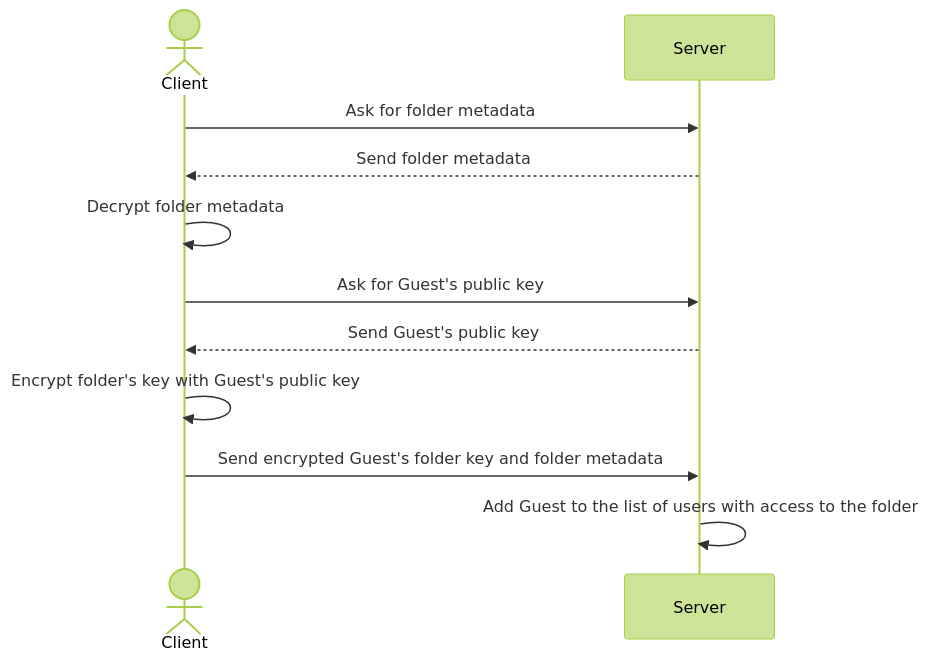
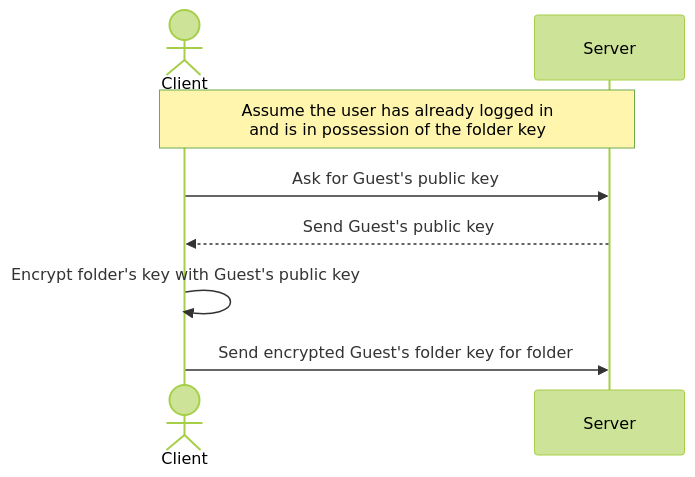
The diagram in doc/project_mermaid/share_folder.mmd (DACC4/effective-octo-system), drawn with Mermaid (forest theme) before and after one commit. The commit also changed 27 other files, not shown here.

```diff
--- a/doc/project_mermaid/share_folder.mmd
+++ b/doc/project_mermaid/share_folder.mmd
@@ -1,17 +1,12 @@
 sequenceDiagram
     actor C as Client
     participant S as Server
 
-    C->>S: Ask for folder metadata
-    S-->>C: Send folder metadata
-
-    C->>C: Decrypt folder metadata
+    note over C,S: Assume the user has already logged in <br> and is in possession of the folder key
 
     C->>S: Ask for Guest's public key
     S-->>C: Send Guest's public key
 
     C->>C: Encrypt folder's key with Guest's public key
 
-    C->>S: Send encrypted Guest's folder key and folder metadata
-
-    S->>S: Add Guest to the list of users with access to the folder
+    C->>S: Send encrypted Guest's folder key for folder
```
